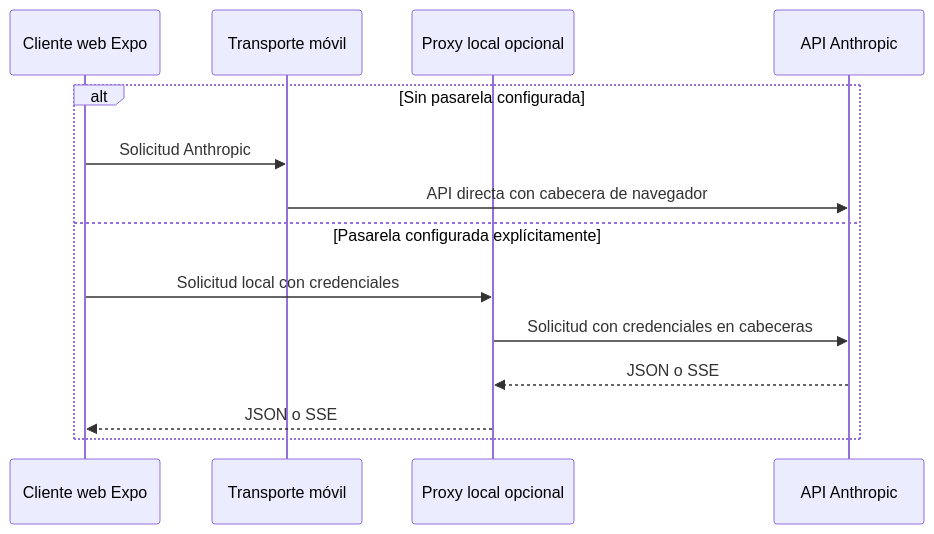
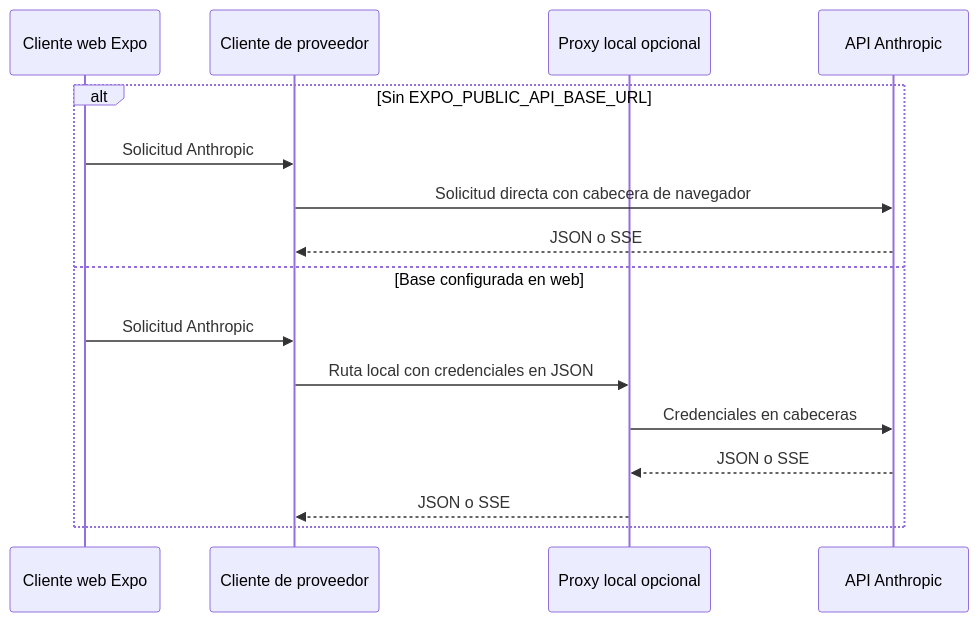
The diagram in openwiki/services/anthropic-proxy.md (maximofn/gymnasia), drawn with Mermaid before and after one commit. The commit also changed other lines of this file and 41 other files, not shown here.

````diff
--- a/openwiki/services/anthropic-proxy.md
+++ b/openwiki/services/anthropic-proxy.md
@@ -61,16 +63,18 @@
 ```mermaid
 sequenceDiagram
     participant Browser as Cliente web Expo
-    participant App as Transporte móvil
+    participant Client as Cliente de proveedor
     participant Proxy as Proxy local opcional
     participant Anthropic as API Anthropic
-    alt Sin pasarela configurada
-        Browser->>App: Solicitud Anthropic
-        App->>Anthropic: API directa con cabecera de navegador
-    else Pasarela configurada explícitamente
-        Browser->>Proxy: Solicitud local con credenciales
-        Proxy->>Anthropic: Solicitud con credenciales en cabeceras
+    alt Sin EXPO_PUBLIC_API_BASE_URL
+        Browser->>Client: Solicitud Anthropic
+        Client->>Anthropic: Solicitud directa con cabecera de navegador
+        Anthropic-->>Client: JSON o SSE
+    else Base configurada en web
+        Browser->>Client: Solicitud Anthropic
+        Client->>Proxy: Ruta local con credenciales en JSON
+        Proxy->>Anthropic: Credenciales en cabeceras
         Anthropic-->>Proxy: JSON o SSE
-        Proxy-->>Browser: JSON o SSE
+        Proxy-->>Client: JSON o SSE
     end
 ```
````
